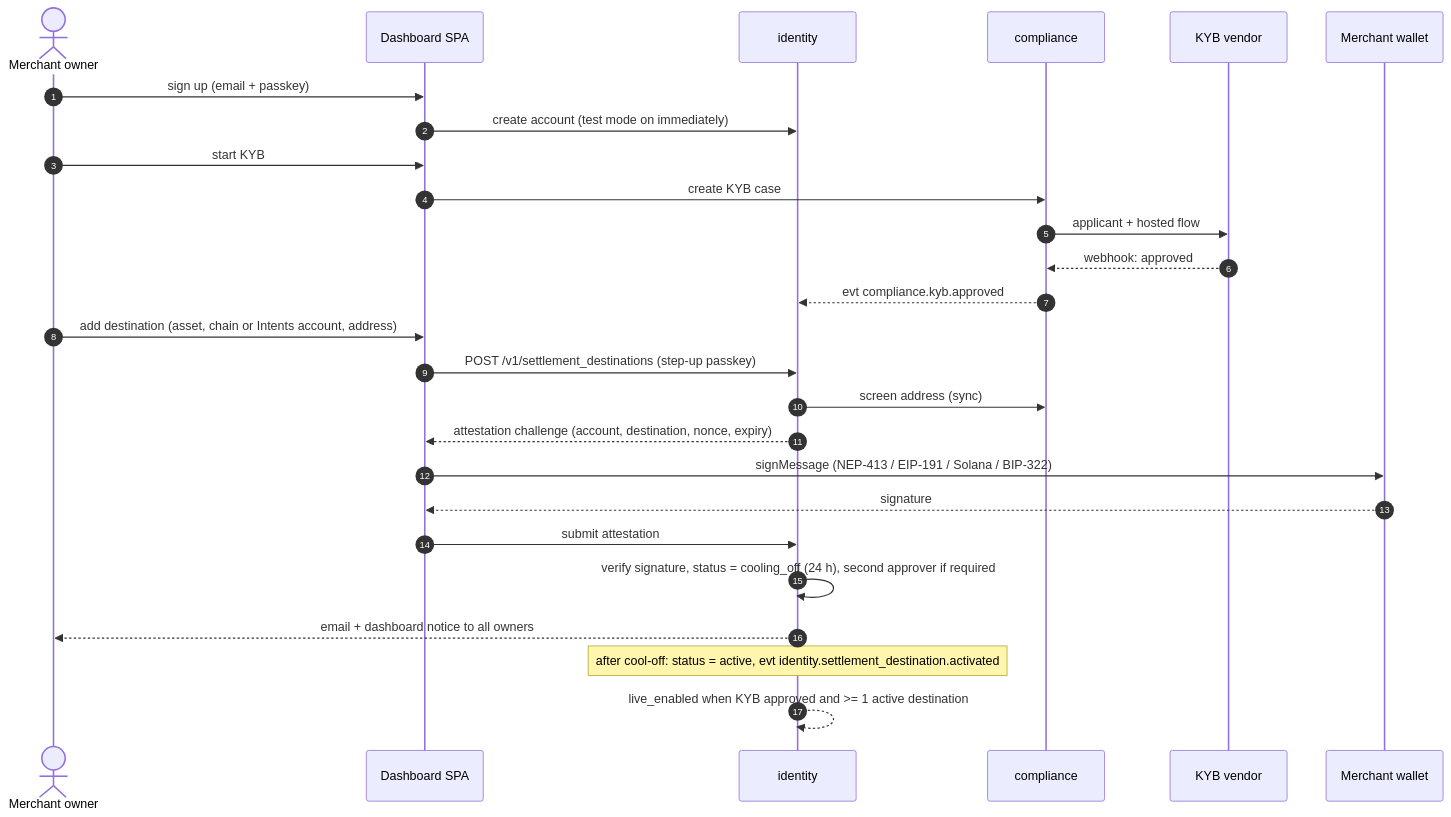
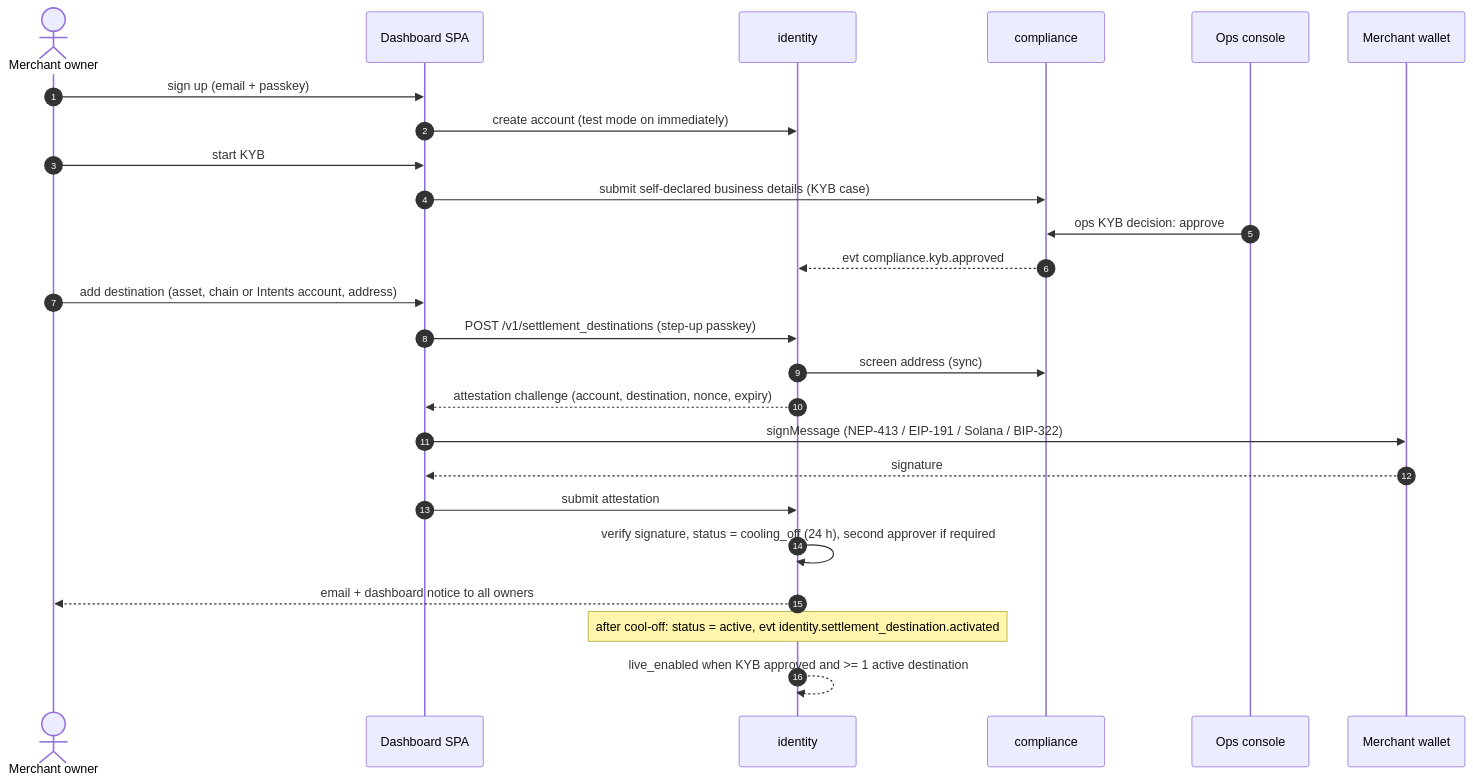
One commit to nearpay-money/nearpay-brain changed the first of 8 diagrams in architecture/flows.md. Above: the diagram before and after it, drawn with Mermaid. The commit also changed other lines of this file and 15 other files, not shown here.

````diff
--- a/architecture/flows.md
+++ b/architecture/flows.md
@@ -7,28 +7,27 @@
 ```mermaid
 sequenceDiagram
   autonumber
   actor M as Merchant owner
   participant D as Dashboard SPA
   participant ID as identity
   participant C as compliance
-  participant K as KYB vendor
+  participant O as Ops console
   participant W as Merchant wallet
   M->>D: sign up (email + passkey)
   D->>ID: create account (test mode on immediately)
   M->>D: start KYB
-  D->>C: create KYB case
-  C->>K: applicant + hosted flow
-  K-->>C: webhook: approved
+  D->>C: submit self-declared business details (KYB case)
+  O->>C: ops KYB decision: approve
   C-->>ID: evt compliance.kyb.approved
   M->>D: add destination (asset, chain or Intents account, address)
   D->>ID: POST /v1/settlement_destinations (step-up passkey)
   ID->>C: screen address (sync)
   ID-->>D: attestation challenge (account, destination, nonce, expiry)
   D->>W: signMessage (NEP-413 / EIP-191 / Solana / BIP-322)
   W-->>D: signature
   D->>ID: submit attestation
   ID->>ID: verify signature, status = cooling_off (24 h), second approver if required
   ID-->>M: email + dashboard notice to all owners
   Note over ID: after cool-off: status = active, evt identity.settlement_destination.activated
   ID-->>ID: live_enabled when KYB approved and >= 1 active destination
 ```
````
